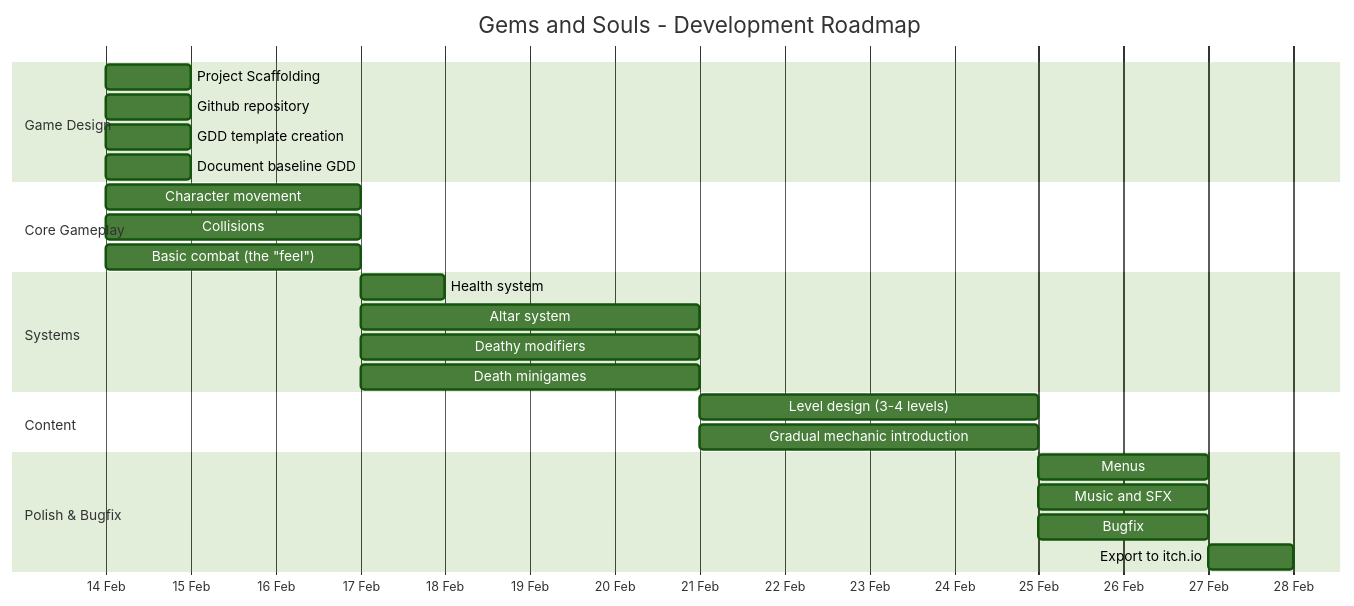
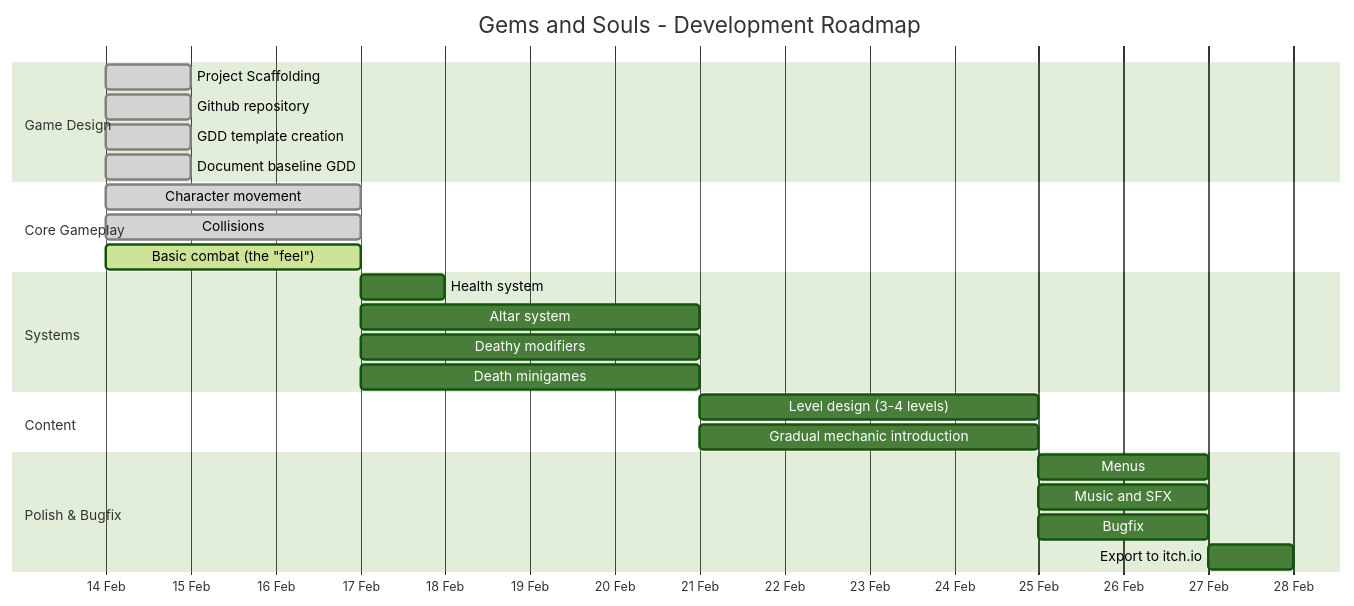
Before and after one commit to morcillo-alex/gems-and-souls: the diagram in documentation/roadmap.md, drawn with Mermaid (forest theme). The commit also changed 20 other files, not shown here.

````diff
--- a/documentation/roadmap.md
+++ b/documentation/roadmap.md
@@ -3,33 +3,33 @@
 ```mermaid
 gantt
     title Gems and Souls - Development Roadmap
     dateFormat YYYY-MM-DD
     axisFormat %d %b
 
     section Game Design
-    Project Scaffolding                 :design1, 2026-02-14, 1d
-    Github repository                   :design2, 2026-02-14, 1d
-    GDD template creation               :design3, 2026-02-14, 1d
-    Document baseline GDD               :design4, 2026-02-14, 1d
+    Project Scaffolding                 :done, design1, 2026-02-14, 1d
+    Github repository                   :done, design2, 2026-02-14, 1d
+    GDD template creation               :done, design3, 2026-02-14, 1d
+    Document baseline GDD               :done, design4, 2026-02-14, 1d
 
     section Core Gameplay
-    Character movement                 :core1, 2026-02-14, 3d
-    Collisions                         :core2, 2026-02-14, 3d
-    Basic combat (the "feel")          :core3, 2026-02-14, 3d
+    Character movement                 :done, core1, 2026-02-14, 3d
+    Collisions                         :done, core2, 2026-02-14, 3d
+    Basic combat (the "feel")          :active, core3, 2026-02-14, 3d
 
     section Systems
     Health system                      :sys0, 2026-02-17, 1d
     Altar system                       :sys1, 2026-02-17, 4d
     Deathy modifiers                   :sys2, 2026-02-17, 4d
     Death minigames                    :sys3, 2026-02-17, 4d
 
     section Content
     Level design (3-4 levels)          :cont1, 2026-02-21, 4d
     Gradual mechanic introduction      :cont2, 2026-02-21, 4d
 
     section Polish & Bugfix
     Menus                              :pol1, 2026-02-25, 2d
     Music and SFX                      :pol2, 2026-02-25, 2d
     Bugfix                             :pol3, 2026-02-25, 2d
     Export to itch.io                  :pol4, 2026-02-27, 1d
 ```
````
